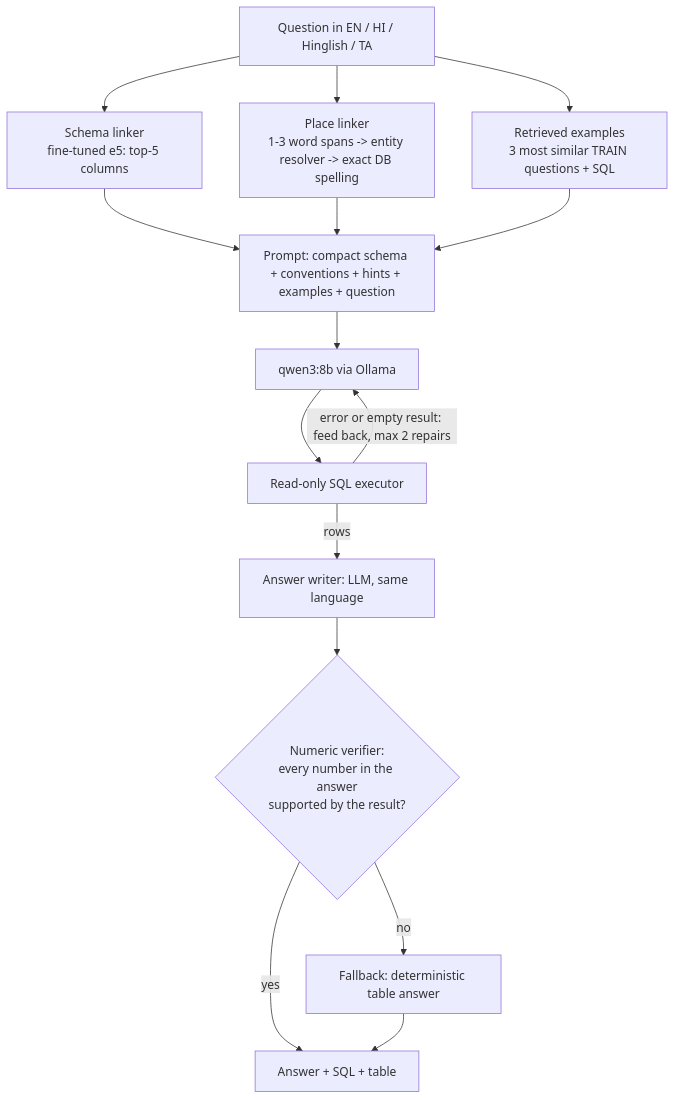
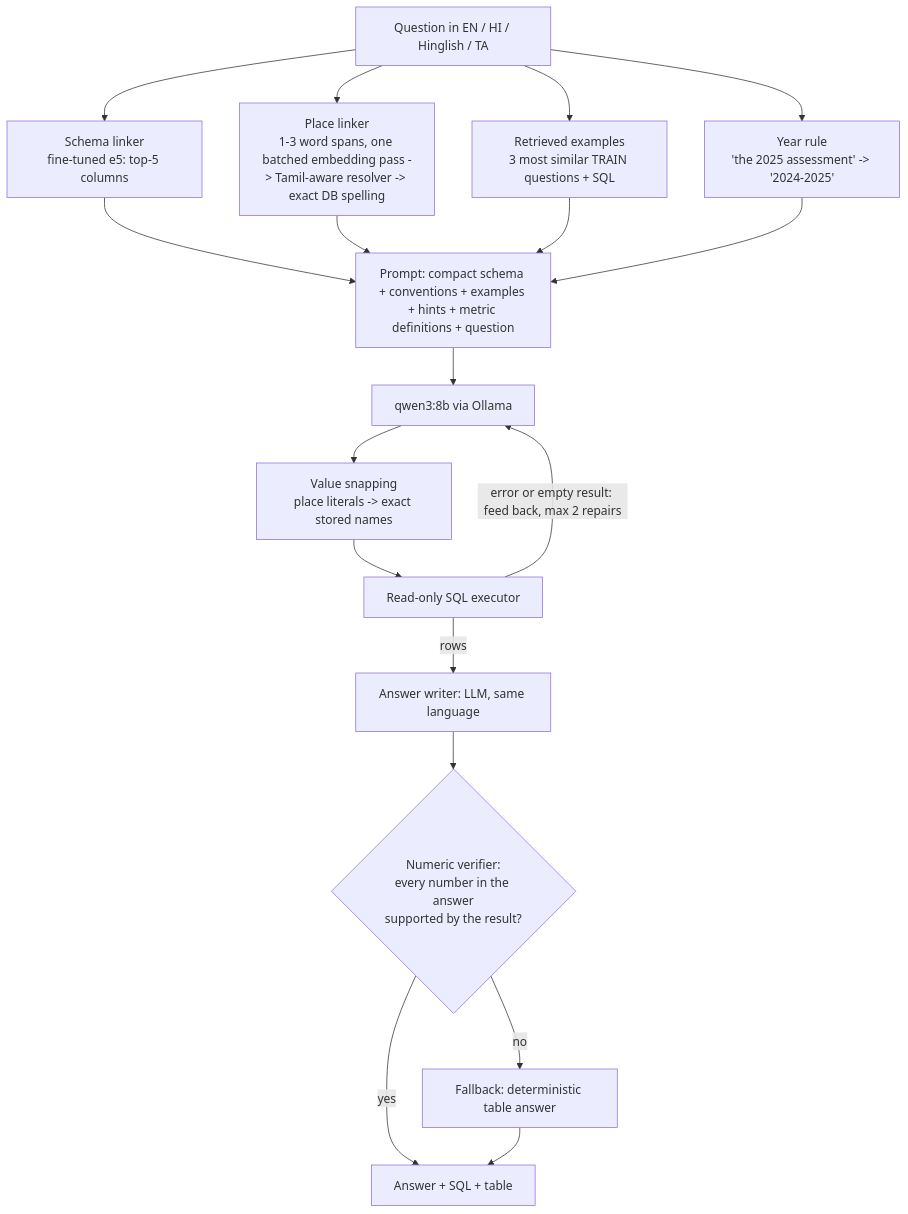
Before and after one commit to WAkshat/NLP-INGRES: the second of 2 diagrams in PROJECT_OVERVIEW.md, drawn with Mermaid. The commit also changed other lines of this file and 45 other files, not shown here.

````diff
--- a/PROJECT_OVERVIEW.md
+++ b/PROJECT_OVERVIEW.md
@@ -168,16 +171,19 @@
 ```mermaid
 flowchart TD
   Q[Question in EN / HI / Hinglish / TA] --> SL[Schema linker<br/>fine-tuned e5: top-5 columns]
-  Q --> PL[Place linker<br/>1-3 word spans -> entity resolver -> exact DB spelling]
+  Q --> PL[Place linker<br/>1-3 word spans, one batched embedding pass -> Tamil-aware resolver -> exact DB spelling]
   Q --> FS[Retrieved examples<br/>3 most similar TRAIN questions + SQL]
-  SL --> P[Prompt: compact schema + conventions + hints + examples + question]
+  Q --> YR[Year rule<br/>'the 2025 assessment' -> '2024-2025']
+  SL --> P[Prompt: compact schema + conventions + examples + hints + metric definitions + question]
   PL --> P
   FS --> P
+  YR --> P
   P --> LLM[qwen3:8b via Ollama]
-  LLM --> X[Read-only SQL executor]
+  LLM --> VS[Value snapping<br/>place literals -> exact stored names]
+  VS --> X[Read-only SQL executor]
   X -->|error or empty result: feed back, max 2 repairs| LLM
   X -->|rows| ANS[Answer writer: LLM, same language]
   ANS --> V{Numeric verifier:<br/>every number in the answer<br/>supported by the result?}
   V -->|yes| OUT[Answer + SQL + table]
   V -->|no| T[Fallback: deterministic table answer] --> OUT
 ```
````
